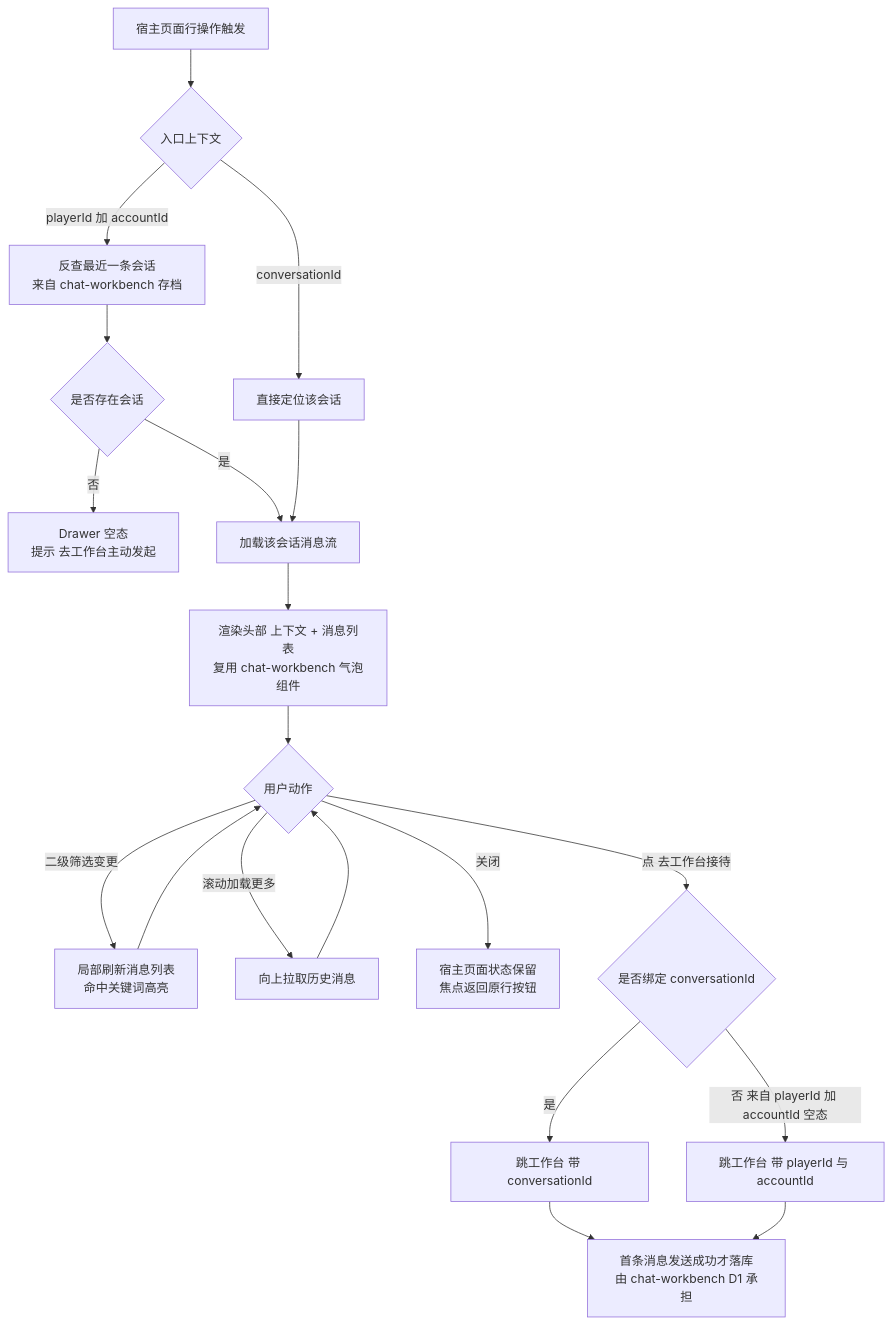
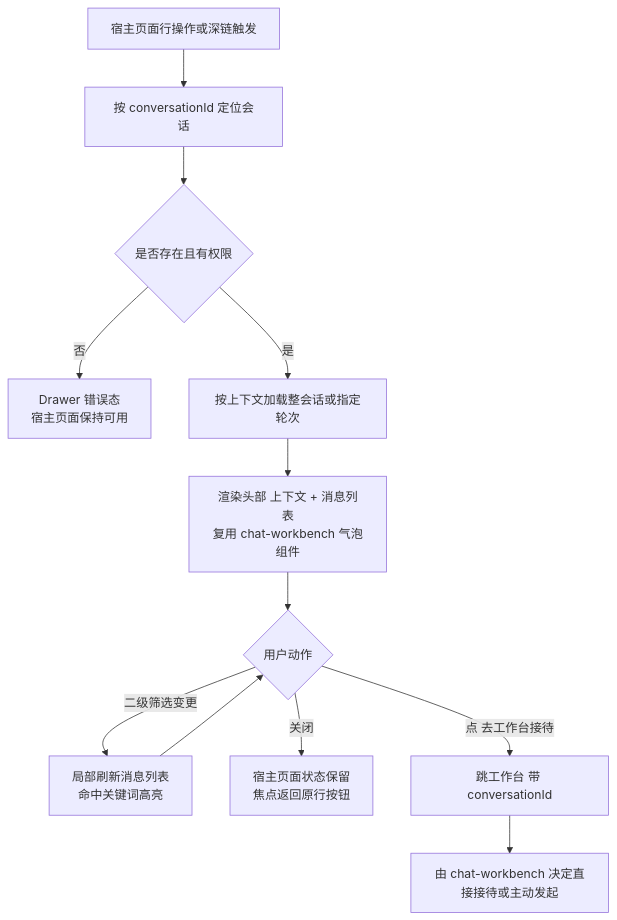
One commit to yan-pang/VIP changed the seventh of 8 diagrams in project/domains/player-center/design.md. Above: the diagram before and after it, drawn with Mermaid. The commit also changed other lines of this file and 79 other files, not shown here.

````diff
--- a/project/domains/player-center/design.md
+++ b/project/domains/player-center/design.md
@@ -1160,22 +1154,14 @@
 ```mermaid
 graph TD
-    A[宿主页面行操作触发] --> B{入口上下文}
-    B -- playerId 加 accountId --> C1[反查最近一条会话<br/>来自 chat-workbench 存档]
-    B -- conversationId --> C2[直接定位该会话]
-    C1 --> D{是否存在会话}
-    D -- 否 --> D1[Drawer 空态<br/>提示 去工作台主动发起]
-    D -- 是 --> E[加载该会话消息流]
-    C2 --> E
+    A[宿主页面行操作或深链触发] --> B[按 conversationId 定位会话]
+    B --> C{是否存在且有权限}
+    C -- 否 --> D[Drawer 错误态<br/>宿主页面保持可用]
+    C -- 是 --> E[按上下文加载整会话或指定轮次]
     E --> F[渲染头部 上下文 + 消息列表<br/>复用 chat-workbench 气泡组件]
     F --> G{用户动作}
     G -- 二级筛选变更 --> H[局部刷新消息列表<br/>命中关键词高亮]
     H --> G
-    G -- 滚动加载更多 --> I[向上拉取历史消息]
-    I --> G
     G -- 关闭 --> J[宿主页面状态保留<br/>焦点返回原行按钮]
-    G -- 点 去工作台接待 --> K{是否绑定 conversationId}
-    K -- 是 --> K1[跳工作台 带 conversationId]
-    K -- 否 来自 playerId 加 accountId 空态 --> K2[跳工作台 带 playerId 与 accountId]
-    K1 --> L[首条消息发送成功才落库<br/>由 chat-workbench D1 承担]
-    K2 --> L
+    G -- 点 去工作台接待 --> K[跳工作台 带 conversationId]
+    K --> L[由 chat-workbench 决定直接接待或主动发起]
 ```
````
